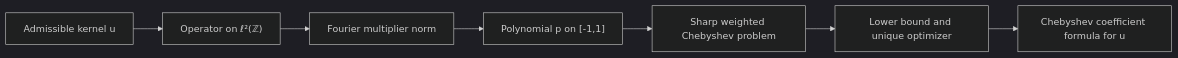
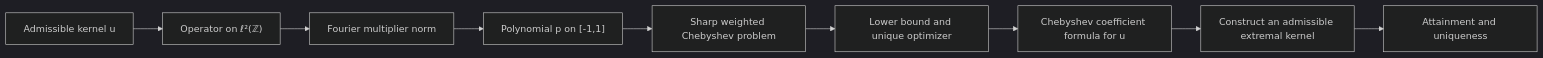
One commit to jaumededios/sharp_smoothing changed the diagram in FORMALIZATION_EXPLANATION.md. Above: the diagram before and after it, drawn with Mermaid (dark theme). The commit also changed other lines of this file and 64 other files, not shown here.

````diff
--- a/FORMALIZATION_EXPLANATION.md
+++ b/FORMALIZATION_EXPLANATION.md
@@ -221,9 +301,11 @@
 ```mermaid
 flowchart LR
   A["Admissible kernel u"] --> B["Operator on ℓ²(ℤ)"]
   B --> C["Fourier multiplier norm"]
   C --> D["Polynomial p on [-1,1]"]
   D --> E["Sharp weighted Chebyshev problem"]
   E --> F["Lower bound and unique optimizer"]
   F --> G["Chebyshev coefficient formula for u"]
+  G --> H["Construct an admissible extremal kernel"]
+  H --> I["Attainment and uniqueness"]
 ```
````
